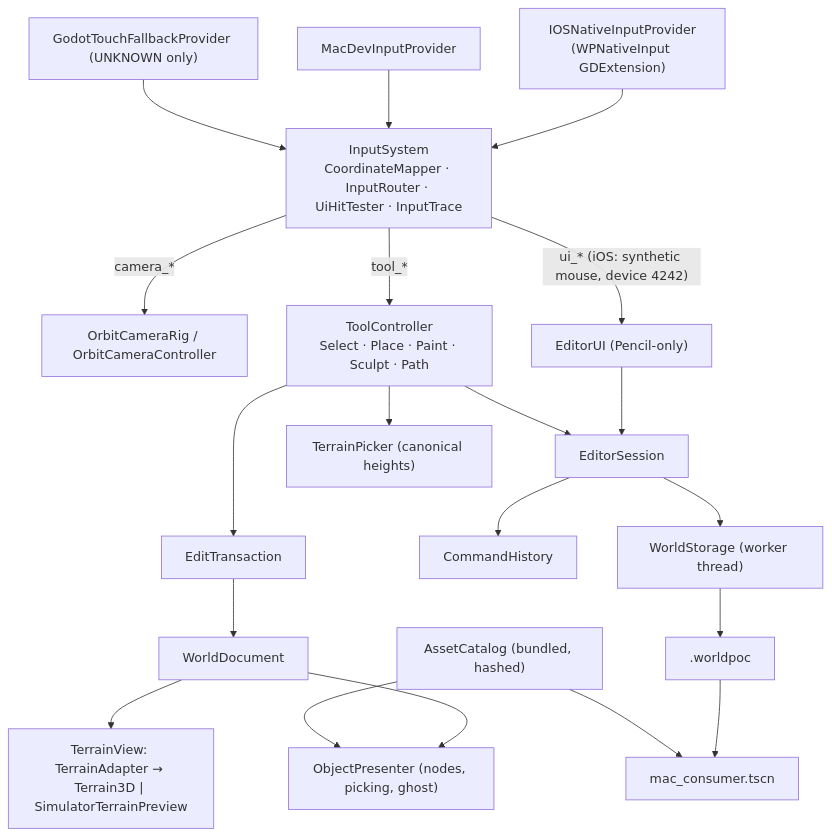
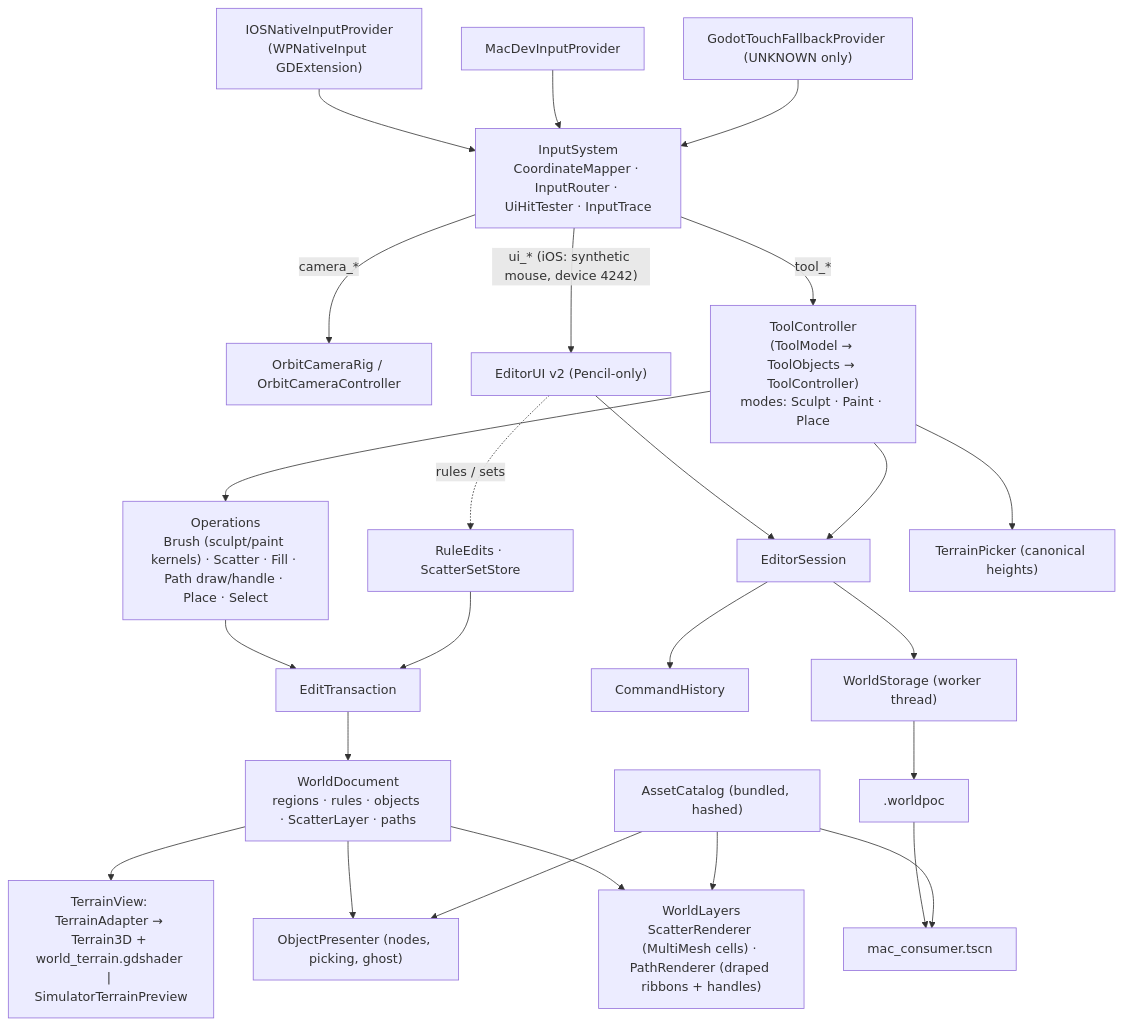
Before and after one commit to andrejvysny/godot-ipad: the diagram in docs/architecture.md, drawn with Mermaid. The commit also changed other lines of this file and 44 other files, not shown here.

````diff
--- a/docs/architecture.md
+++ b/docs/architecture.md
@@ -6,20 +6,25 @@
 ```mermaid
 flowchart TB
     N["IOSNativeInputProvider<br/>(WPNativeInput GDExtension)"] --> IS["InputSystem<br/>CoordinateMapper · InputRouter · UiHitTester · InputTrace"]
     D["MacDevInputProvider"] --> IS
     F["GodotTouchFallbackProvider (UNKNOWN only)"] --> IS
     IS -- camera_* --> CR["OrbitCameraRig / OrbitCameraController"]
-    IS -- tool_* --> TC["ToolController<br/>Select · Place · Paint · Sculpt · Path"]
-    IS -- ui_* (iOS: synthetic mouse, device 4242) --> UI["EditorUI (Pencil-only)"]
+    IS -- tool_* --> TC["ToolController<br/>(ToolModel → ToolObjects → ToolController)<br/>modes: Sculpt · Paint · Place"]
+    IS -- ui_* (iOS: synthetic mouse, device 4242) --> UI["EditorUI v2 (Pencil-only)"]
     UI --> ES["EditorSession"]
-    TC --> TX["EditTransaction"] --> DOC["WorldDocument"]
+    UI -. rules / sets .-> RE["RuleEdits · ScatterSetStore"]
+    TC --> OPS["Operations<br/>Brush (sculpt/paint kernels) · Scatter · Fill · Path draw/handle · Place · Select"]
+    OPS --> TX["EditTransaction"] --> DOC["WorldDocument<br/>regions · rules · objects · ScatterLayer · paths"]
+    RE --> TX
     TC --> ES
     ES --> H["CommandHistory"]
     ES --> ST["WorldStorage (worker thread)"]
-    DOC --> TA["TerrainView: TerrainAdapter → Terrain3D | SimulatorTerrainPreview"]
+    DOC --> TA["TerrainView: TerrainAdapter → Terrain3D + world_terrain.gdshader | SimulatorTerrainPreview"]
     DOC --> OP["ObjectPresenter (nodes, picking, ghost)"]
+    DOC --> WL["WorldLayers<br/>ScatterRenderer (MultiMesh cells) · PathRenderer (draped ribbons + handles)"]
     TC --> TP["TerrainPicker (canonical heights)"]
     ST --> PKG[".worldpoc"] --> MC["mac_consumer.tscn"]
     CAT["AssetCatalog (bundled, hashed)"] --> OP
+    CAT --> WL
     CAT --> MC
 ```
````
